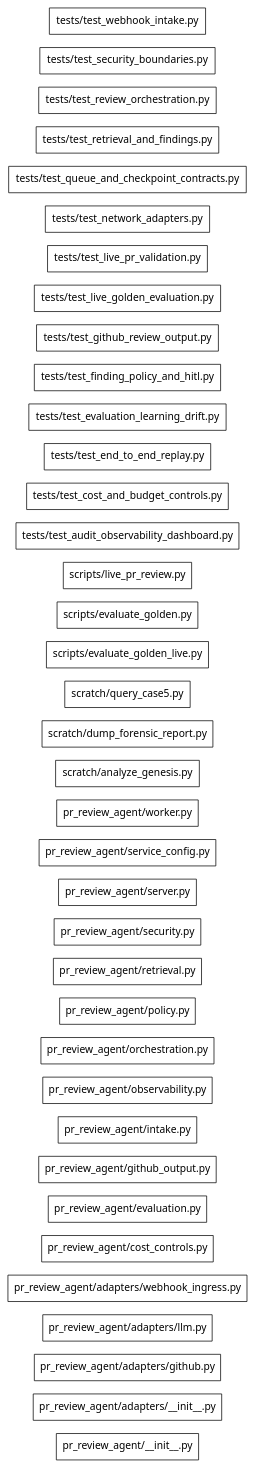
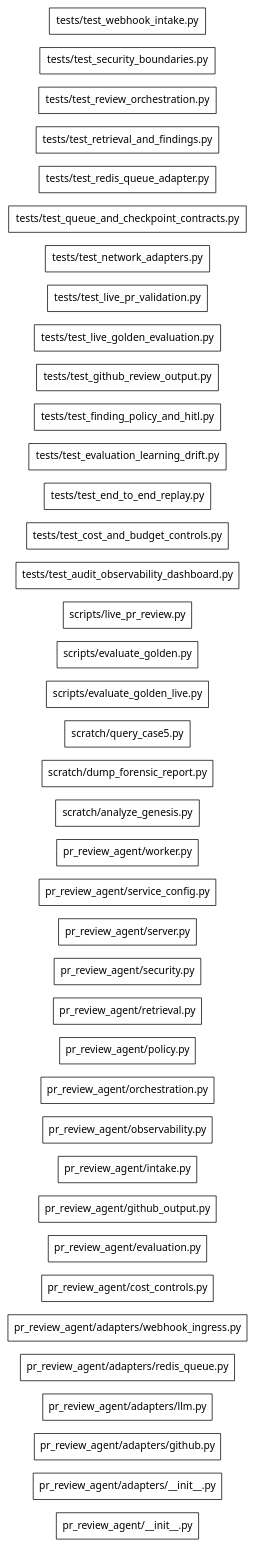
One commit to Ayush-Kant/PR-Review-Agent changed the diagram in .genesis/index/graph.dot. Above: the diagram before and after it, drawn with Graphviz. The commit also changed 16 other files, not shown here.

Commit message:
feat(queue): implement Redis / ARQ production queue adapter satisfying DurableQueueProtocol (W1-03)

```diff
--- a/.genesis/index/graph.dot
+++ b/.genesis/index/graph.dot
@@ -1,42 +1,44 @@
 digraph genesis {
   rankdir=LR;
   node [shape=box,fontname="system-ui"];
   "file:pr_review_agent/__init__.py" [label="pr_review_agent/__init__.py",class="file"];
   "file:pr_review_agent/adapters/__init__.py" [label="pr_review_agent/adapters/__init__.py",class="file"];
   "file:pr_review_agent/adapters/github.py" [label="pr_review_agent/adapters/github.py",class="file"];
   "file:pr_review_agent/adapters/llm.py" [label="pr_review_agent/adapters/llm.py",class="file"];
+  "file:pr_review_agent/adapters/redis_queue.py" [label="pr_review_agent/adapters/redis_queue.py",class="file"];
   "file:pr_review_agent/adapters/webhook_ingress.py" [label="pr_review_agent/adapters/webhook_ingress.py",class="file"];
   "file:pr_review_agent/cost_controls.py" [label="pr_review_agent/cost_controls.py",class="file"];
   "file:pr_review_agent/evaluation.py" [label="pr_review_agent/evaluation.py",class="file"];
   "file:pr_review_agent/github_output.py" [label="pr_review_agent/github_output.py",class="file"];
   "file:pr_review_agent/intake.py" [label="pr_review_agent/intake.py",class="file"];
   "file:pr_review_agent/observability.py" [label="pr_review_agent/observability.py",class="file"];
   "file:pr_review_agent/orchestration.py" [label="pr_review_agent/orchestration.py",class="file"];
   "file:pr_review_agent/policy.py" [label="pr_review_agent/policy.py",class="file"];
   "file:pr_review_agent/retrieval.py" [label="pr_review_agent/retrieval.py",class="file"];
   "file:pr_review_agent/security.py" [label="pr_review_agent/security.py",class="file"];
   "file:pr_review_agent/server.py" [label="pr_review_agent/server.py",class="file"];
   "file:pr_review_agent/service_config.py" [label="pr_review_agent/service_config.py",class="file"];
   "file:pr_review_agent/worker.py" [label="pr_review_agent/worker.py",class="file"];
   "file:scratch/analyze_genesis.py" [label="scratch/analyze_genesis.py",class="file"];
   "file:scratch/dump_forensic_report.py" [label="scratch/dump_forensic_report.py",class="file"];
   "file:scratch/query_case5.py" [label="scratch/query_case5.py",class="file"];
   "file:scripts/evaluate_golden_live.py" [label="scripts/evaluate_golden_live.py",class="file"];
   "file:scripts/evaluate_golden.py" [label="scripts/evaluate_golden.py",class="file"];
   "file:scripts/live_pr_review.py" [label="scripts/live_pr_review.py",class="file"];
   "file:tests/test_audit_observability_dashboard.py" [label="tests/test_audit_observability_dashboard.py",class="file"];
   "file:tests/test_cost_and_budget_controls.py" [label="tests/test_cost_and_budget_controls.py",class="file"];
   "file:tests/test_end_to_end_replay.py" [label="tests/test_end_to_end_replay.py",class="file"];
   "file:tests/test_evaluation_learning_drift.py" [label="tests/test_evaluation_learning_drift.py",class="file"];
   "file:tests/test_finding_policy_and_hitl.py" [label="tests/test_finding_policy_and_hitl.py",class="file"];
   "file:tests/test_github_review_output.py" [label="tests/test_github_review_output.py",class="file"];
   "file:tests/test_live_golden_evaluation.py" [label="tests/test_live_golden_evaluation.py",class="file"];
   "file:tests/test_live_pr_validation.py" [label="tests/test_live_pr_validation.py",class="file"];
   "file:tests/test_network_adapters.py" [label="tests/test_network_adapters.py",class="file"];
   "file:tests/test_queue_and_checkpoint_contracts.py" [label="tests/test_queue_and_checkpoint_contracts.py",class="file"];
+  "file:tests/test_redis_queue_adapter.py" [label="tests/test_redis_queue_adapter.py",class="file"];
   "file:tests/test_retrieval_and_findings.py" [label="tests/test_retrieval_and_findings.py",class="file"];
   "file:tests/test_review_orchestration.py" [label="tests/test_review_orchestration.py",class="file"];
   "file:tests/test_security_boundaries.py" [label="tests/test_security_boundaries.py",class="file"];
   "file:tests/test_webhook_intake.py" [label="tests/test_webhook_intake.py",class="file"];
 
 }
```
